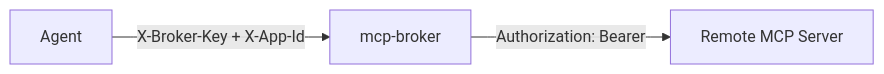
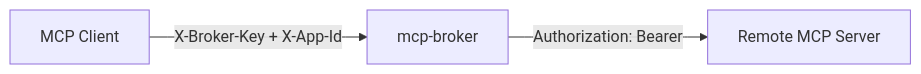
One commit to FirneyGroup/mcp-broker changed the first of 2 diagrams in README.md. Above: the diagram before and after it, drawn with Mermaid. The commit also changed other lines of this file and 6 other files, not shown here.

First line of the commit message:
Generalize terminology: mcp-broker works with any MCP client

````diff
--- a/README.md
+++ b/README.md
@@ -13,5 +13,5 @@
 ```mermaid
 flowchart LR
-    Agent -->|X-Broker-Key + X-App-Id| Broker[mcp-broker]
+    Agent[MCP Client] -->|X-Broker-Key + X-App-Id| Broker[mcp-broker]
     Broker -->|Authorization: Bearer| Remote[Remote MCP Server]
 ```
````
